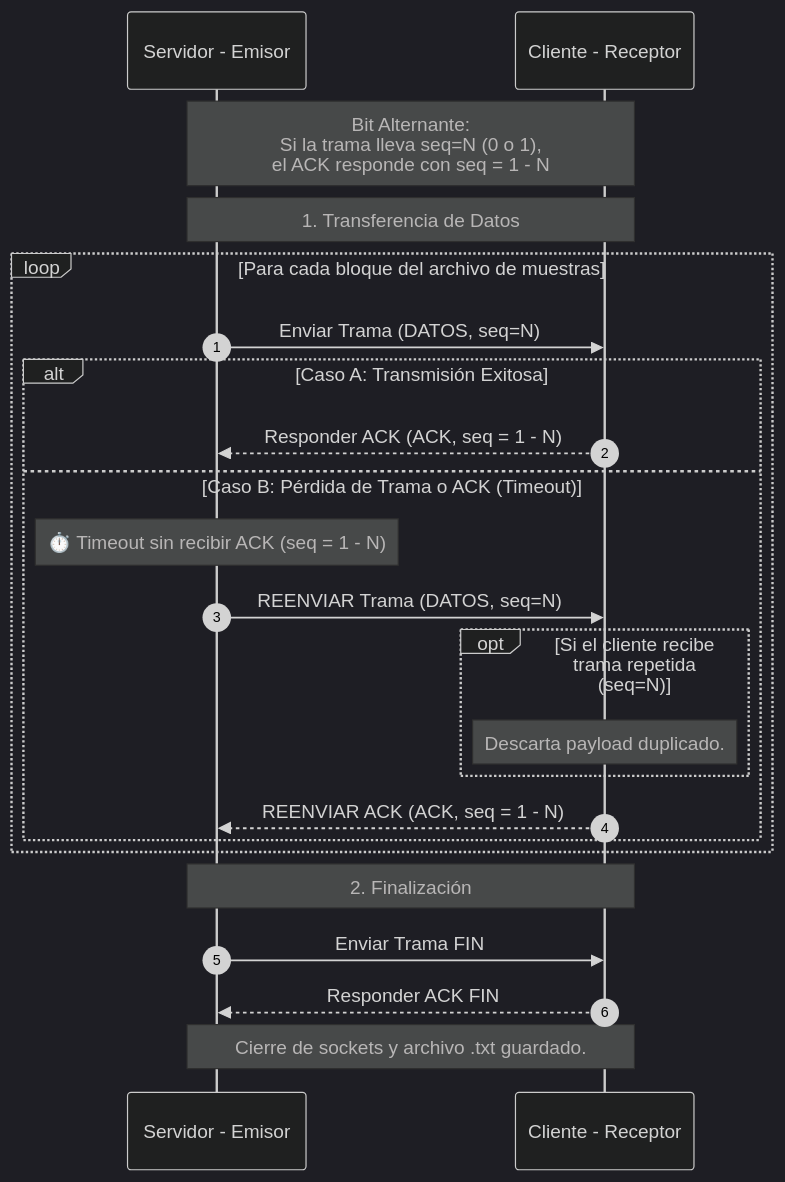
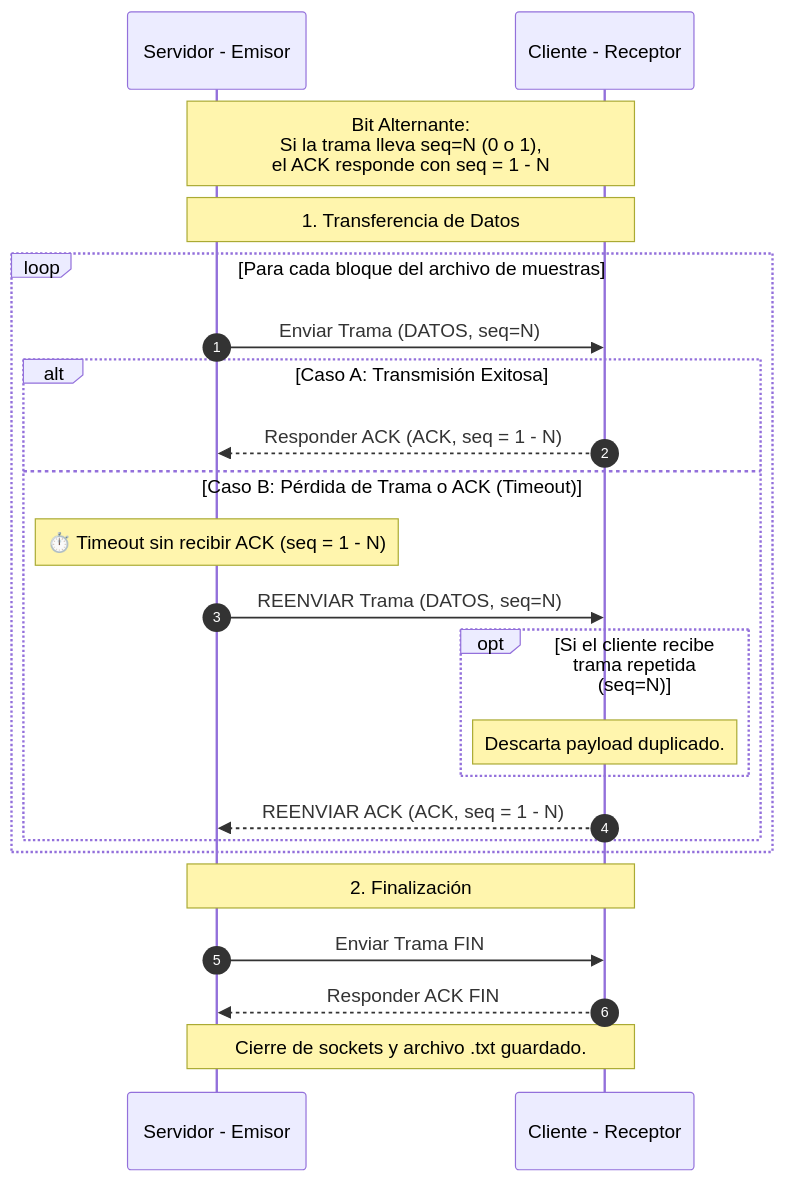
One commit to marina-cast-ro/OperRedesPI changed the first of 2 diagrams in README.md. Above: the diagram before and after it, drawn with Mermaid. The commit also changed other lines of this file, not shown here.

````diff
--- a/README.md
+++ b/README.md
@@ -71,30 +71,29 @@
 ```mermaid
-%%{init: {'theme': 'dark'}}%%
 sequenceDiagram
 autonumber
 participant S as Servidor - Emisor
 participant C as Cliente - Receptor
 
 Note over S,C: Bit Alternante:<br/>Si la trama lleva seq=N (0 o 1), <br/>el ACK responde con seq = 1 - N
 
 Note over S,C: 1. Transferencia de Datos
 loop Para cada bloque del archivo de muestras
 	S->>C: Enviar Trama (DATOS, seq=N)
 
 	alt Caso A: Transmisión Exitosa
 		C-->>S: Responder ACK (ACK, seq = 1 - N)
 	else Caso B: Pérdida de Trama o ACK (Timeout)
 		Note over S: ⏱️ Timeout sin recibir ACK (seq = 1 - N)
         S->>C: REENVIAR Trama (DATOS, seq=N)
         opt Si el cliente recibe trama repetida (seq=N)
             Note over C: Descarta payload duplicado.
         end
         C-->>S: REENVIAR ACK (ACK, seq = 1 - N)
 	end
 end
 
 Note over S,C: 2. Finalización 
 S->>C: Enviar Trama FIN
 C-->>S: Responder ACK FIN
 Note over S,C: Cierre de sockets y archivo .txt guardado.
 ```
````
